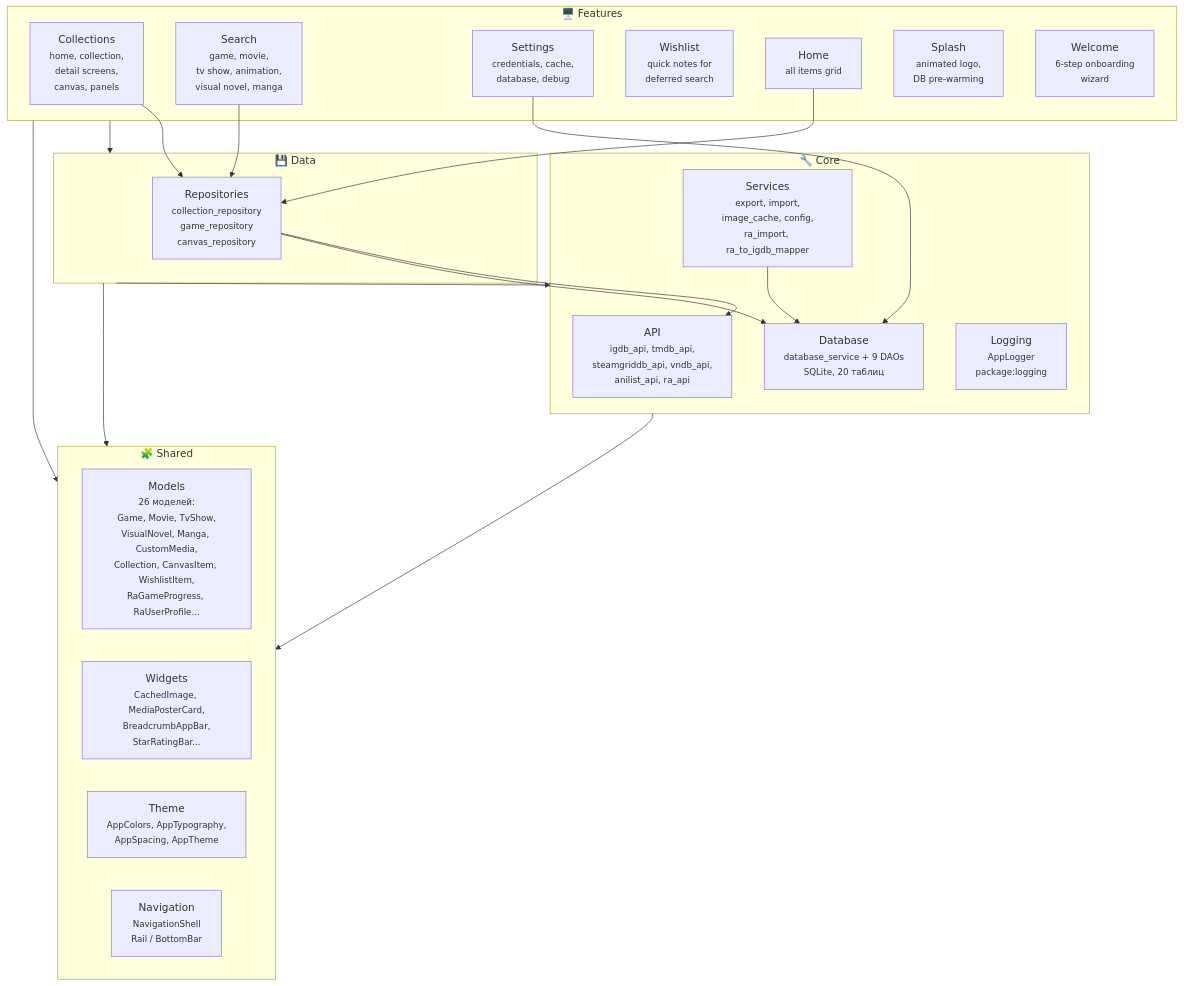
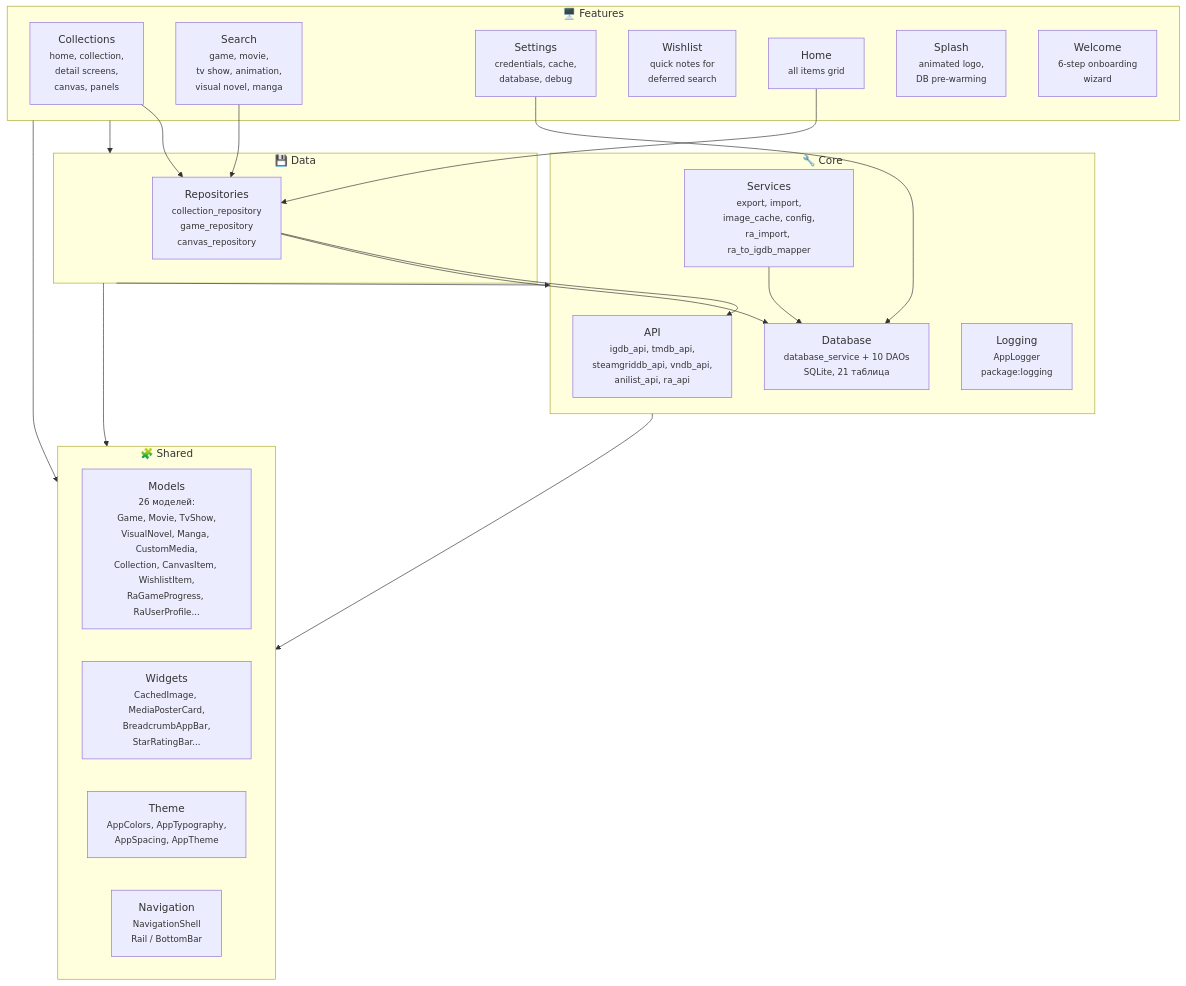
One commit to hacan359/tonkatsu_box changed the first of 2 diagrams in docs/ARCHITECTURE.md. Above: the diagram before and after it, drawn with Mermaid. The commit also changed other lines of this file and 32 other files, not shown here.

````diff
--- a/docs/ARCHITECTURE.md
+++ b/docs/ARCHITECTURE.md
@@ -24,44 +24,44 @@
 ```mermaid
 graph TB
     subgraph core ["🔧 Core"]
         api["API<br/><small>igdb_api, tmdb_api,<br/>steamgriddb_api, vndb_api,<br/>anilist_api, ra_api</small>"]
-        database["Database<br/><small>database_service + 9 DAOs<br/>SQLite, 20 таблиц</small>"]
+        database["Database<br/><small>database_service + 10 DAOs<br/>SQLite, 21 таблица</small>"]
         logging["Logging<br/><small>AppLogger<br/>package:logging</small>"]
         services["Services<br/><small>export, import,<br/>image_cache, config,<br/>ra_import, ra_to_igdb_mapper</small>"]
     end
 
     subgraph data ["💾 Data"]
         repositories["Repositories<br/><small>collection_repository<br/>game_repository<br/>canvas_repository</small>"]
     end
 
     subgraph features ["🖥️ Features"]
         collections["Collections<br/><small>home, collection,<br/>detail screens,<br/>canvas, panels</small>"]
         search["Search<br/><small>game, movie,<br/>tv show, animation,<br/>visual novel, manga</small>"]
         settings["Settings<br/><small>credentials, cache,<br/>database, debug</small>"]
         wishlist["Wishlist<br/><small>quick notes for<br/>deferred search</small>"]
         home["Home<br/><small>all items grid</small>"]
         splash["Splash<br/><small>animated logo,<br/>DB pre-warming</small>"]
         welcome["Welcome<br/><small>6-step onboarding<br/>wizard</small>"]
     end
 
     subgraph shared ["🧩 Shared"]
         models["Models<br/><small>26 моделей:<br/>Game, Movie, TvShow,<br/>VisualNovel, Manga, CustomMedia,<br/>Collection, CanvasItem, WishlistItem,<br/>RaGameProgress, RaUserProfile...</small>"]
         widgets["Widgets<br/><small>CachedImage, MediaPosterCard,<br/>BreadcrumbAppBar,<br/>StarRatingBar...</small>"]
         theme["Theme<br/><small>AppColors, AppTypography,<br/>AppSpacing, AppTheme</small>"]
         navigation["Navigation<br/><small>NavigationShell<br/>Rail / BottomBar</small>"]
     end
 
     features --> data
     features --> shared
     data --> core
     data --> shared
     core --> shared
 
     collections --> repositories
     search --> repositories
     settings --> database
     home --> repositories
     repositories --> api
     repositories --> database
     services --> database
 ```
````
